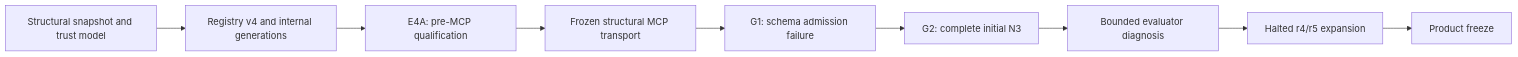
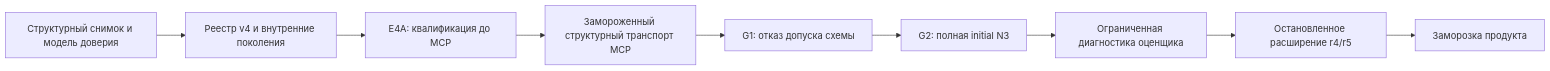
The diagram in docs/DEVELOPMENT_HISTORY.md (Vkuvalin/project-kb), drawn with Mermaid before and after one commit. The commit also changed other lines of this file and 6 other files, not shown here.

````diff
--- a/docs/DEVELOPMENT_HISTORY.md
+++ b/docs/DEVELOPMENT_HISTORY.md
@@ -17,11 +17,11 @@
 ```mermaid
 flowchart LR
-    A["Structural snapshot and trust model"] --> B["Registry v4 and internal generations"]
-    B --> C["E4A: pre-MCP qualification"]
-    C --> D["Frozen structural MCP transport"]
-    D --> E["G1: schema admission failure"]
-    E --> F["G2: complete initial N3"]
-    F --> G["Bounded evaluator diagnosis"]
-    G --> H["Halted r4/r5 expansion"]
-    H --> I["Product freeze"]
+    A["Структурный снимок и модель доверия"] --> B["Реестр v4 и внутренние поколения"]
+    B --> C["E4A: квалификация до MCP"]
+    C --> D["Замороженный структурный транспорт MCP"]
+    D --> E["G1: отказ допуска схемы"]
+    E --> F["G2: полная initial N3"]
+    F --> G["Ограниченная диагностика оценщика"]
+    G --> H["Остановленное расширение r4/r5"]
+    H --> I["Заморозка продукта"]
 ```
````
